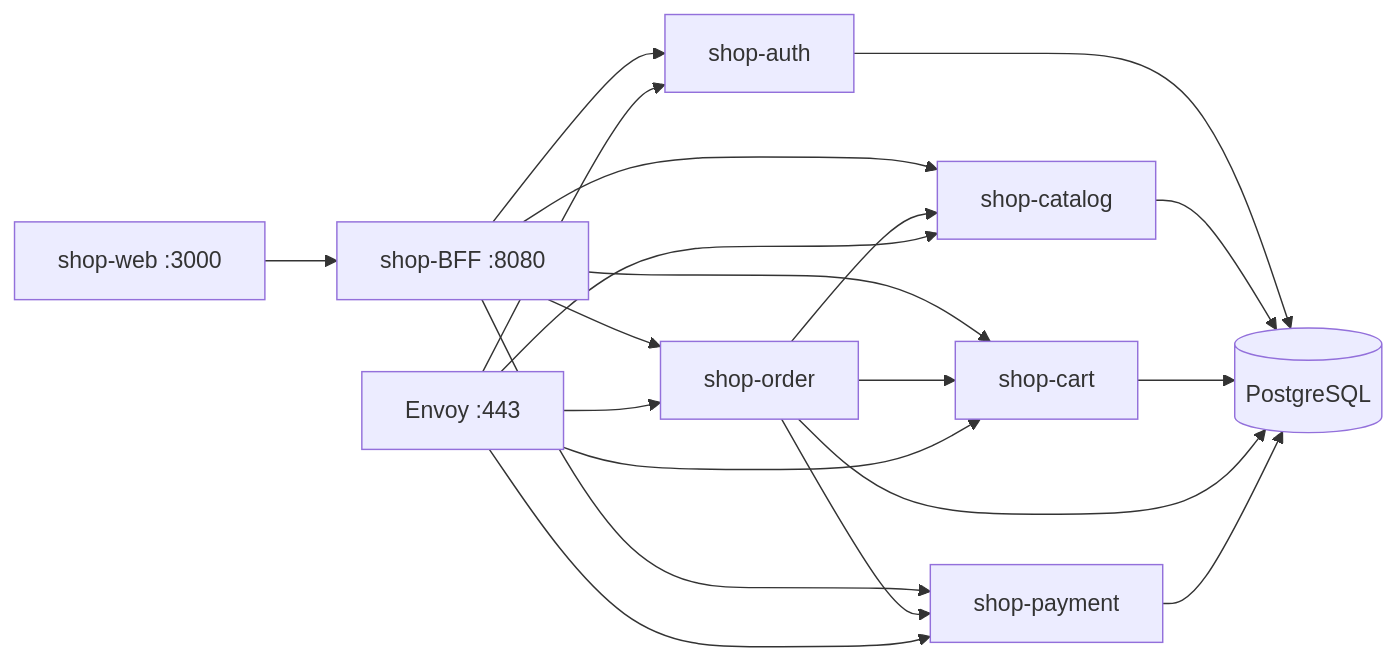
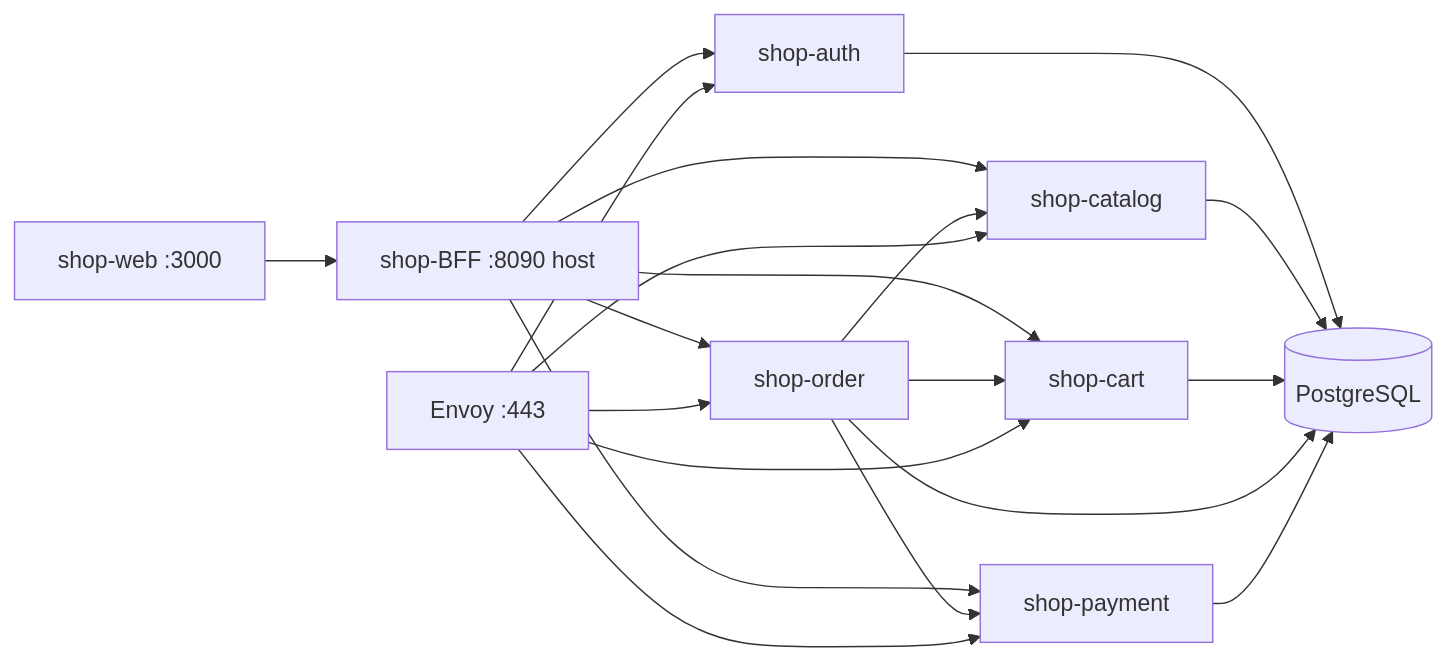
Before and after one commit to repeter513/Nocturne-Shop: the diagram in README.md, drawn with Mermaid. The commit also changed other lines of this file and 6 other files, not shown here.

````diff
--- a/README.md
+++ b/README.md
@@ -82,22 +82,22 @@
 ```mermaid
 flowchart LR
-  Web[shop-web :3000] --> BFF[shop-BFF :8080]
+  Web[shop-web :3000] --> BFF[shop-BFF :8090 host]
   BFF --> Auth[shop-auth]
   BFF --> Catalog[shop-catalog]
   BFF --> Cart[shop-cart]
   BFF --> Order[shop-order]
   BFF --> Payment[shop-payment]
   Order --> Cart
   Order --> Catalog
   Order --> Payment
   Auth --> PG[(PostgreSQL)]
   Catalog --> PG
   Cart --> PG
   Order --> PG
   Payment --> PG
   Envoy[Envoy :443] --> Auth
   Envoy --> Catalog
   Envoy --> Cart
   Envoy --> Order
   Envoy --> Payment
 ```
````
